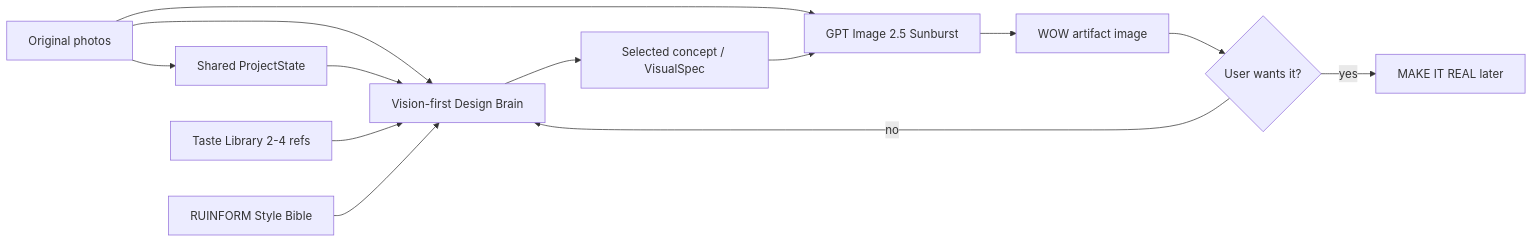
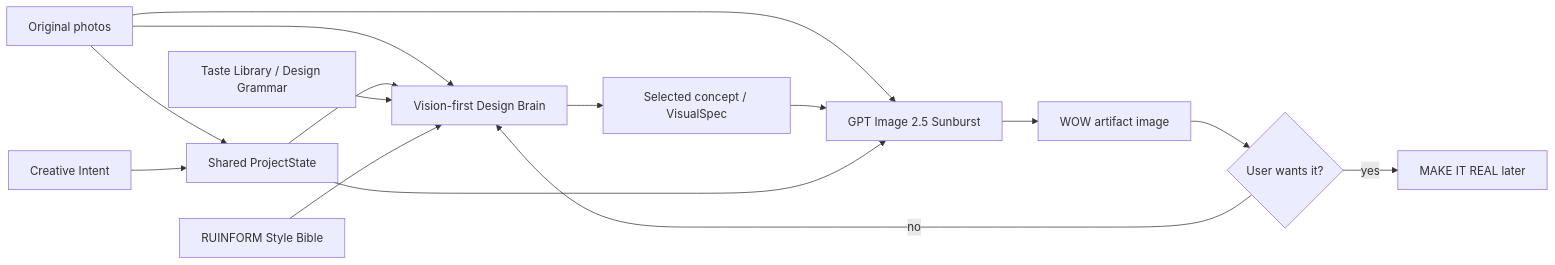
One commit to Alexanfr-God/ruinform-intelligence changed the diagram in docs/RUINFORM_MVP_ROADMAP.md. Above: the diagram before and after it, drawn with Mermaid. The commit also changed other lines of this file, not shown here.

Commit message:
RFM-INT-0013 Wave 1: refresh MVP roadmap

````diff
--- a/docs/RUINFORM_MVP_ROADMAP.md
+++ b/docs/RUINFORM_MVP_ROADMAP.md
@@ -29,15 +29,17 @@
 ```mermaid
 flowchart LR
     A[Original photos] --> B[Shared ProjectState]
+    U[Creative Intent] --> B
     A --> C[Vision-first Design Brain]
     B --> C
-    T[Taste Library 2-4 refs] --> C
+    T[Taste Library / Design Grammar] --> C
     S[RUINFORM Style Bible] --> C
     C --> D[Selected concept / VisualSpec]
     A --> E[GPT Image 2.5 Sunburst]
     D --> E
+    B --> E
     E --> F[WOW artifact image]
     F --> G{User wants it?}
     G -- yes --> H[MAKE IT REAL later]
     G -- no --> C
 ```
````
